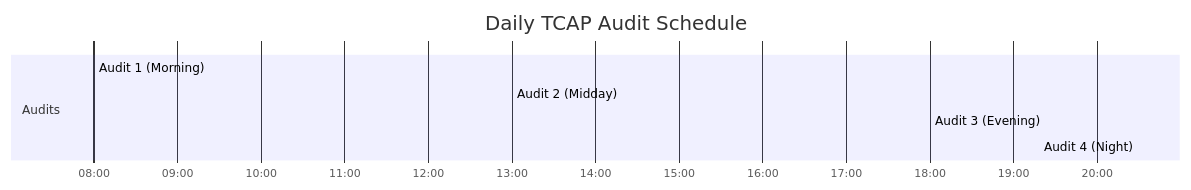
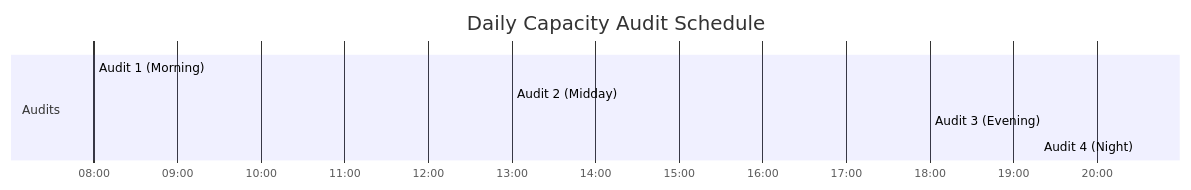
Before and after one commit to bladijm-design/operations-audit-portfolio: the first of 3 diagrams in 04-tcap-capacity-audit/README.md, drawn with Mermaid. The commit also changed other lines of this file and 6 other files, not shown here.

````diff
--- a/04-tcap-capacity-audit/README.md
+++ b/04-tcap-capacity-audit/README.md
@@ -25,12 +25,12 @@
 ```mermaid
 gantt
-    title Daily TCAP Audit Schedule
+    title Daily Capacity Audit Schedule
     dateFormat HH:mm
     axisFormat %H:%M
 
     section Audits
     Audit 1 (Morning)      :08:00, 60min
     Audit 2 (Midday)       :13:00, 60min
     Audit 3 (Evening)      :18:00, 60min
     Audit 4 (Night)        :20:30, 60min
 ```
````
